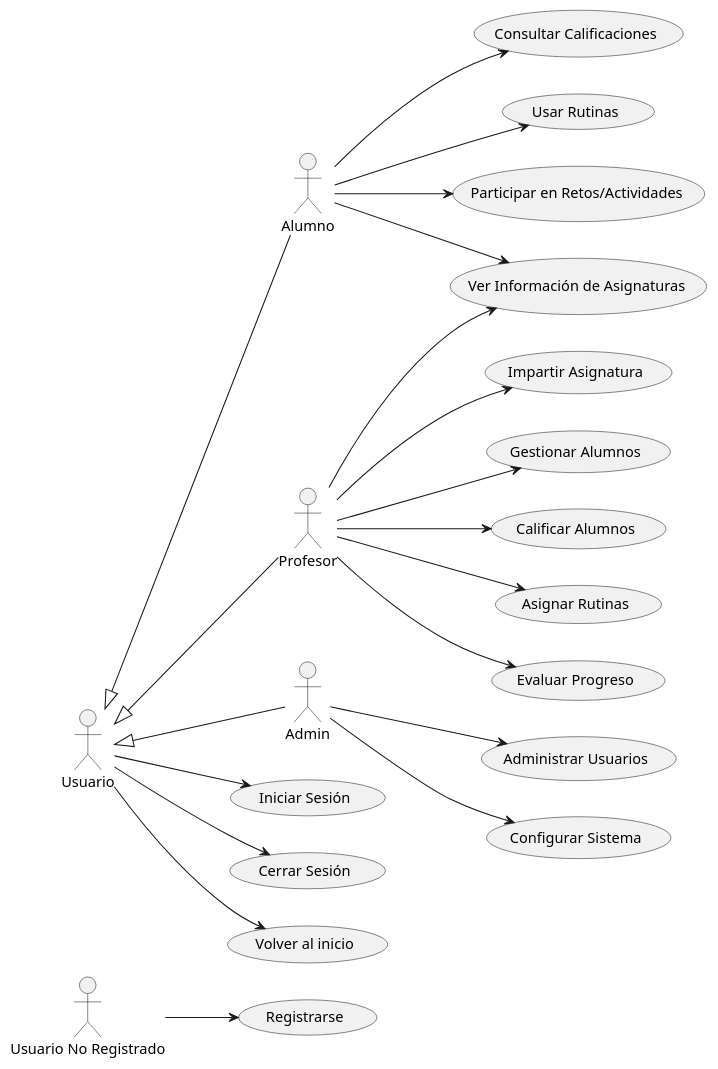
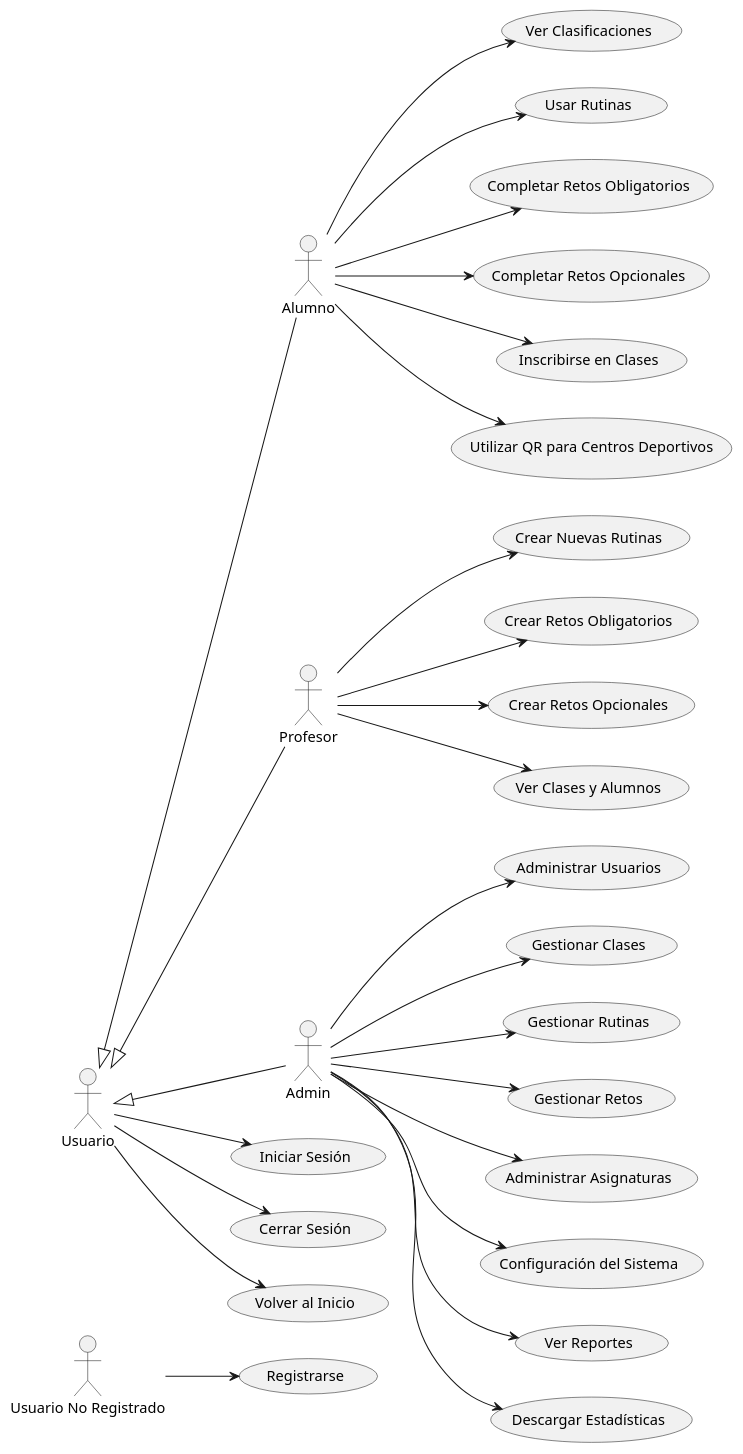
Before and after one commit to mmasias/24-25-IdSw1-SDR: the diagram in Documentos/CasosUso/CasosUso.puml, drawn with PlantUML.

```diff
--- a/Documentos/CasosUso/CasosUso.puml
+++ b/Documentos/CasosUso/CasosUso.puml
@@ -1,55 +1,70 @@
 @startuml
 left to right direction
 
 actor "Usuario No Registrado" as UsuarioNoRegistrado
 actor Usuario
 actor Alumno
 actor Profesor
 actor Admin
 
 Usuario <|-- Alumno
 Usuario <|-- Profesor
 Usuario <|-- Admin
 
 usecase "Registrarse" as UC_Registrarse
 usecase "Iniciar Sesión" as UC_IniciarSesion
 usecase "Cerrar Sesión" as UC_CerrarSesion
-usecase "Ver Información de Asignaturas" as UC_VerInfoAsignaturas
-usecase "Consultar Calificaciones" as UC_ConsultarCalificaciones
-usecase "Impartir Asignatura" as UC_ImpartirAsignatura
-usecase "Gestionar Alumnos" as UC_GestionarAlumnos
+usecase "Volver al Inicio" as UC_VolverInicio
+
+' Casos de uso de Alumno
+usecase "Ver Clasificaciones" as UC_VerClasificaciones
+usecase "Usar Rutinas" as UC_UsarRutinas
+usecase "Completar Retos Obligatorios" as UC_CompletarRetosObligatorios
+usecase "Completar Retos Opcionales" as UC_CompletarRetosOpcionales
+usecase "Inscribirse en Clases" as UC_InscribirseClases
+usecase "Utilizar QR para Centros Deportivos" as UC_UsarQR
+
+' Casos de uso de Profesor
+usecase "Crear Nuevas Rutinas" as UC_CrearRutinas
+usecase "Crear Retos Obligatorios" as UC_CrearRetosObligatorios
+usecase "Crear Retos Opcionales" as UC_CrearRetosOpcionales
+usecase "Ver Clases y Alumnos" as UC_VerClasesAlumnos
+
+' Casos de uso de Administrador
 usecase "Administrar Usuarios" as UC_AdministrarUsuarios
-usecase "Configurar Sistema" as UC_ConfigurarSistema
-usecase "Volver al inicio" as UC_VolverInicio
-
-' Casos de uso adicionales para Profesores
-usecase "Calificar Alumnos" as UC_CalificarAlumnos
-usecase "Asignar Rutinas" as UC_AsignarRutinas
-usecase "Evaluar Progreso" as UC_EvaluarProgreso
-
-' Casos de uso adicionales para Alumnos
-usecase "Usar Rutinas" as UC_UsarRutinas
-usecase "Participar en Retos/Actividades" as UC_ParticiparRetos
+usecase "Gestionar Clases" as UC_GestionarClases
+usecase "Gestionar Rutinas" as UC_GestionarRutinas
+usecase "Gestionar Retos" as UC_GestionarRetos
+usecase "Administrar Asignaturas" as UC_AdministrarAsignaturas
+usecase "Configuración del Sistema" as UC_ConfigurarSistema
+usecase "Ver Reportes" as UC_VerReportes
+usecase "Descargar Estadísticas" as UC_DescargarEstadisticas
 
 UsuarioNoRegistrado --> UC_Registrarse
 
 Usuario --> UC_IniciarSesion
 Usuario --> UC_CerrarSesion
 Usuario --> UC_VolverInicio
 
-Alumno --> UC_VerInfoAsignaturas
-Alumno --> UC_ConsultarCalificaciones
+Alumno --> UC_VerClasificaciones
 Alumno --> UC_UsarRutinas
-Alumno --> UC_ParticiparRetos
+Alumno --> UC_CompletarRetosObligatorios
+Alumno --> UC_CompletarRetosOpcionales
+Alumno --> UC_InscribirseClases
+Alumno --> UC_UsarQR
 
-Profesor --> UC_VerInfoAsignaturas
-Profesor --> UC_ImpartirAsignatura
-Profesor --> UC_GestionarAlumnos
-Profesor --> UC_CalificarAlumnos
-Profesor --> UC_AsignarRutinas
-Profesor --> UC_EvaluarProgreso
+Profesor --> UC_CrearRutinas
+Profesor --> UC_CrearRetosObligatorios
+Profesor --> UC_CrearRetosOpcionales
+Profesor --> UC_VerClasesAlumnos
 
 Admin --> UC_AdministrarUsuarios
+Admin --> UC_GestionarClases
+Admin --> UC_GestionarRutinas
+Admin --> UC_GestionarRetos
+Admin --> UC_AdministrarAsignaturas
 Admin --> UC_ConfigurarSistema
+Admin --> UC_VerReportes
+Admin --> UC_DescargarEstadisticas
 
 @enduml
```
